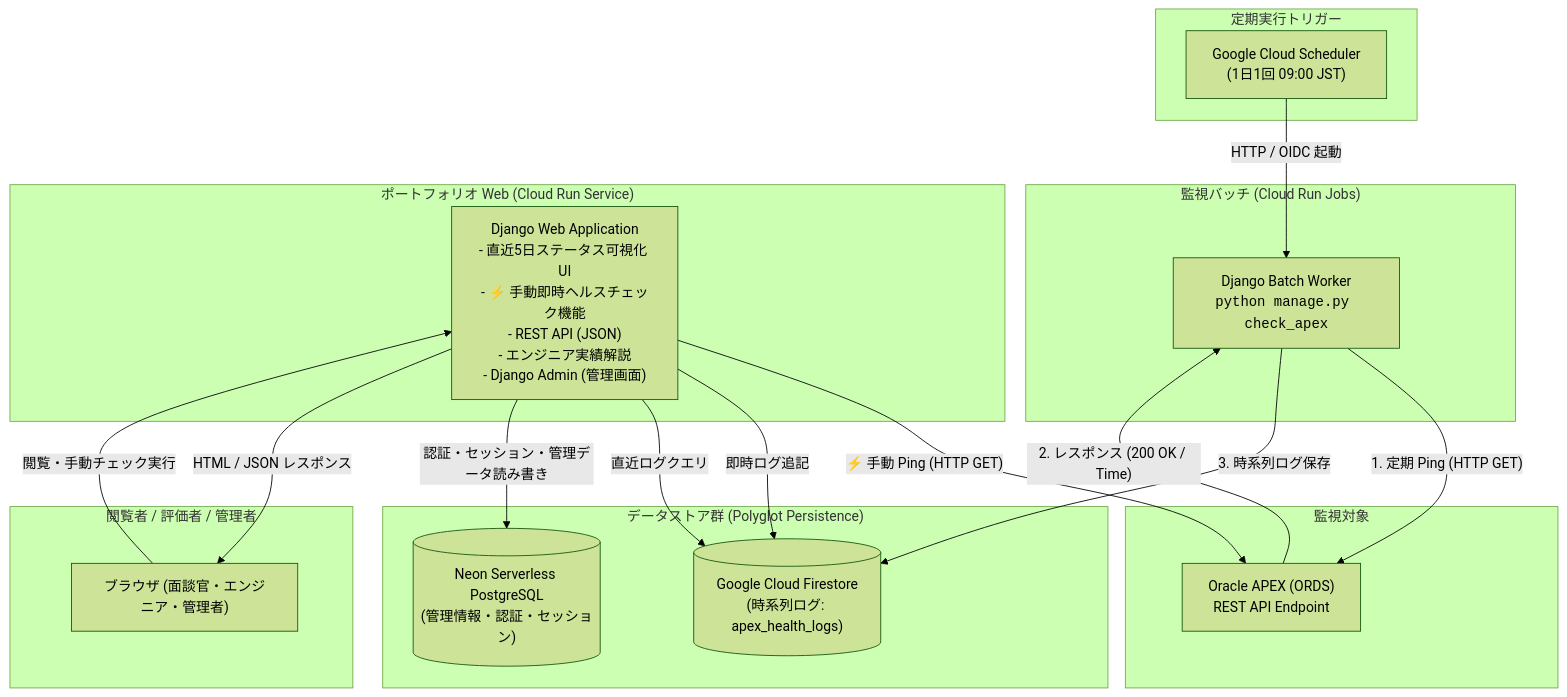
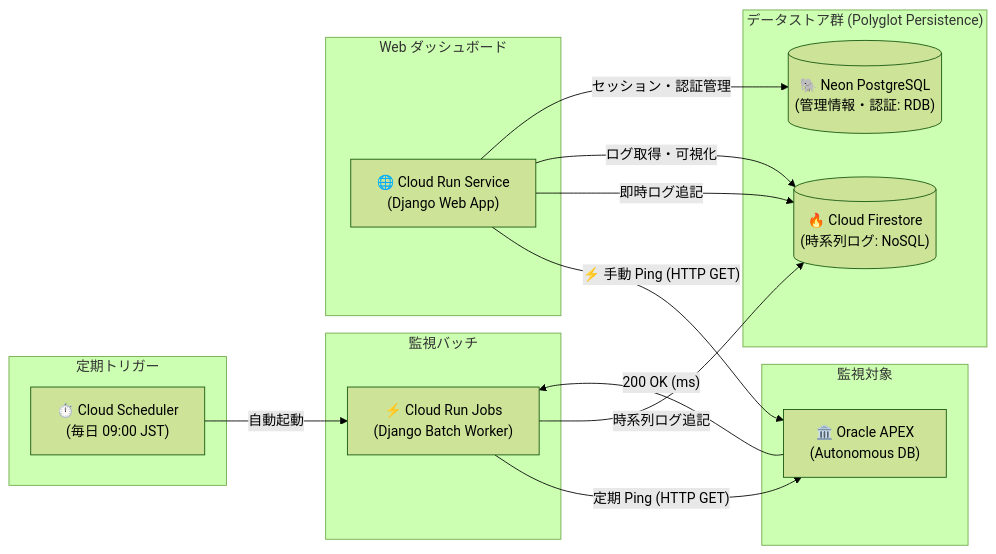
One commit to jackieReloaded0/apex-sentinel changed the first of 3 diagrams in docs/portfolio_project_plan.md. Above: the diagram before and after it, drawn with Mermaid (forest theme). The commit also changed other lines of this file and 1 other file, not shown here.

Commit message:
feat: アーキテクチャ図のタブ化、GitHubリンクおよびAPEXアプリリンクの追加

````diff
--- a/docs/portfolio_project_plan.md
+++ b/docs/portfolio_project_plan.md
@@ -34,41 +39,37 @@
 ```mermaid
-flowchart TD
-    subgraph Trigger["定期実行トリガー"]
-        CS["Google Cloud Scheduler<br/>(1日1回 09:00 JST)"]
+flowchart LR
+    subgraph Trigger["定期トリガー"]
+        CS["⏱️ Cloud Scheduler<br/>(毎日 09:00 JST)"]
     end
 
-    subgraph Batch["監視バッチ (Cloud Run Jobs)"]
-        CRJ["Django Batch Worker<br/><code>python manage.py check_apex</code>"]
+    subgraph Batch["監視バッチ"]
+        CRJ["⚡ Cloud Run Jobs<br/>(Django Batch Worker)"]
     end
 
     subgraph Target["監視対象"]
-        APEX["Oracle APEX (ORDS)<br/>REST API Endpoint"]
+        APEX["🏛️ Oracle APEX<br/>(Autonomous DB)"]
     end
 
     subgraph DataStores["データストア群 (Polyglot Persistence)"]
-        FS[("Google Cloud Firestore<br/>(時系列ログ: apex_health_logs)")]
-        NEON[("Neon Serverless PostgreSQL<br/>(管理情報・認証・セッション)")]
+        FS[("🔥 Cloud Firestore<br/>(時系列ログ: NoSQL)")]
+        NEON[("🐘 Neon PostgreSQL<br/>(管理情報・認証: RDB)")]
     end
 
-    subgraph WebApp["ポートフォリオ Web (Cloud Run Service)"]
-        CRS["Django Web Application<br/>- 直近5日ステータス可視化 UI<br/>- ⚡ 手動即時ヘルスチェック機能<br/>- REST API (JSON)<br/>- エンジニア実績解説<br/>- Django Admin (管理画面)"]
+    subgraph Web["Web ダッシュボード"]
+        CRS["🌐 Cloud Run Service<br/>(Django Web App)"]
     end
 
-    subgraph Client["閲覧者 / 評価者 / 管理者"]
-        Browser["ブラウザ (面談官・エンジニア・管理者)"]
-    end
+    %% 1. 定期バッチフロー
+    CS -->|"自動起動"| CRJ
+    CRJ -->|"定期 Ping (HTTP GET)"| APEX
+    APEX -->|"200 OK (ms)"| CRJ
+    CRJ -->|"時系列ログ追記"| FS
 
-    %% 定期バッチフロー
-    CS -->|"HTTP / OIDC 起動"| CRJ
-    CRJ -->|"1. 定期 Ping (HTTP GET)"| APEX
-    APEX -->|"2. レスポンス (200 OK / Time)"| CRJ
-    CRJ -->|"3. 時系列ログ保存"| FS
-
-    %% Web 手動実行 & 閲覧フロー
-    Browser -->|"閲覧・手動チェック実行"| CRS
+    %% 2. 手動オンデマンド監視フロー
     CRS -->|"⚡ 手動 Ping (HTTP GET)"| APEX
     CRS -->|"即時ログ追記"| FS
-    CRS -->|"直近ログクエリ"| FS
-    CRS -->|"認証・セッション・管理データ読み書き"| NEON
-    CRS -->|"HTML / JSON レスポンス"| Browser
+
+    %% 3. Web 表示フロー
+    CRS -->|"ログ取得・可視化"| FS
+    CRS -->|"セッション・認証管理"| NEON
 ```
````
